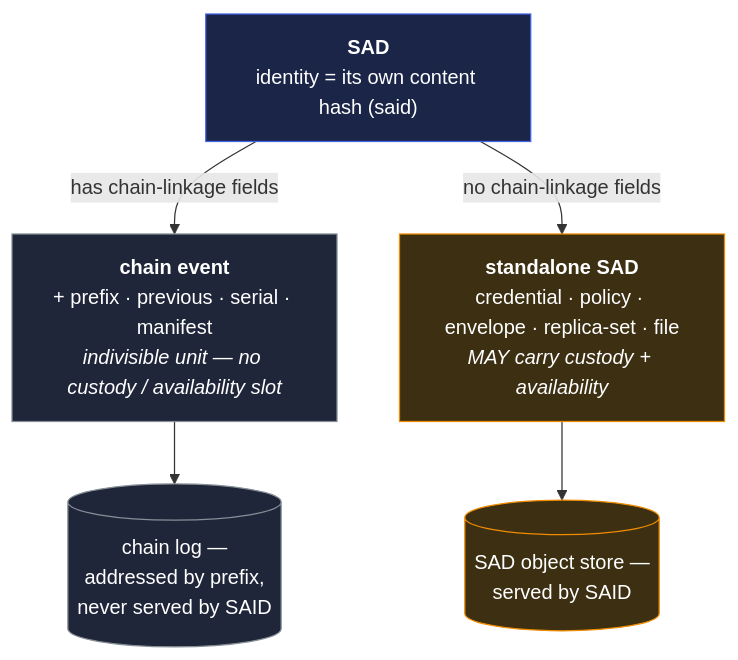
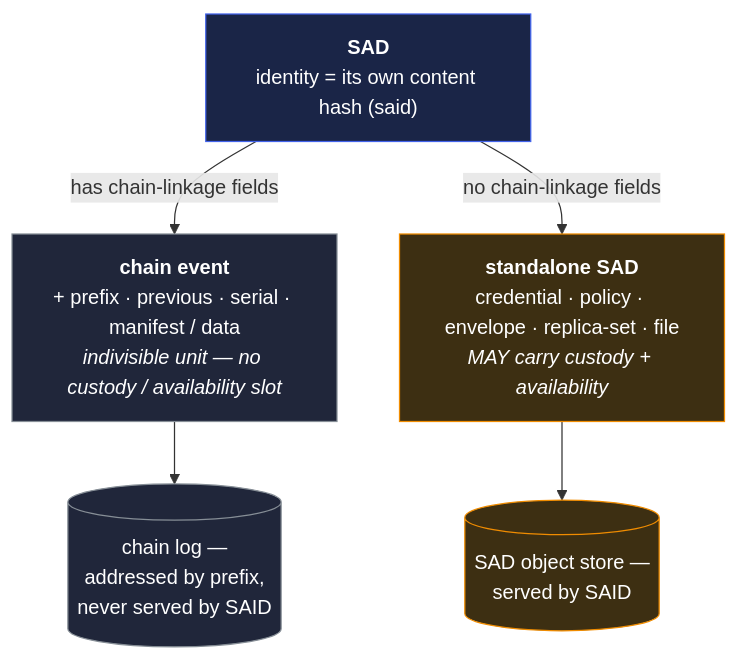
The first of 2 diagrams in docs/design/primitives/data/sad/sad.md (jasoncolburne/vdti), drawn with Mermaid before and after one commit. The commit also changed 1 other file, not shown here.

Commit message:
VDTI-28: SAD/Substrate review

````diff
--- a/docs/design/primitives/data/sad/sad.md
+++ b/docs/design/primitives/data/sad/sad.md
@@ -37,11 +37,11 @@
 ```mermaid
 flowchart TD
   sad["<b>SAD</b><br/>identity = its own content hash (said)"]:::start
-  sad -->|"has chain-linkage fields"| ce["<b>chain event</b><br/>+ prefix · previous · serial · manifest<br/><i>indivisible unit — no custody / availability slot</i>"]:::q
+  sad -->|"has chain-linkage fields"| ce["<b>chain event</b><br/>+ prefix · previous · serial · manifest / data<br/><i>indivisible unit — no custody / availability slot</i>"]:::q
   sad -->|"no chain-linkage fields"| st["<b>standalone SAD</b><br/>credential · policy · envelope · replica-set · file<br/><i>MAY carry custody + availability</i>"]:::doc
   ce --> ceS[("chain log —<br/>addressed by prefix,<br/>never served by SAID")]:::q
   st --> stS[("SAD object store —<br/>served by SAID")]:::doc
   classDef start fill:#1a2547,stroke:#4263eb,color:#fff
   classDef q fill:#20263a,stroke:#868e96,color:#fff
   classDef doc fill:#3d2f12,stroke:#f08c00,color:#fff
 ```
````
